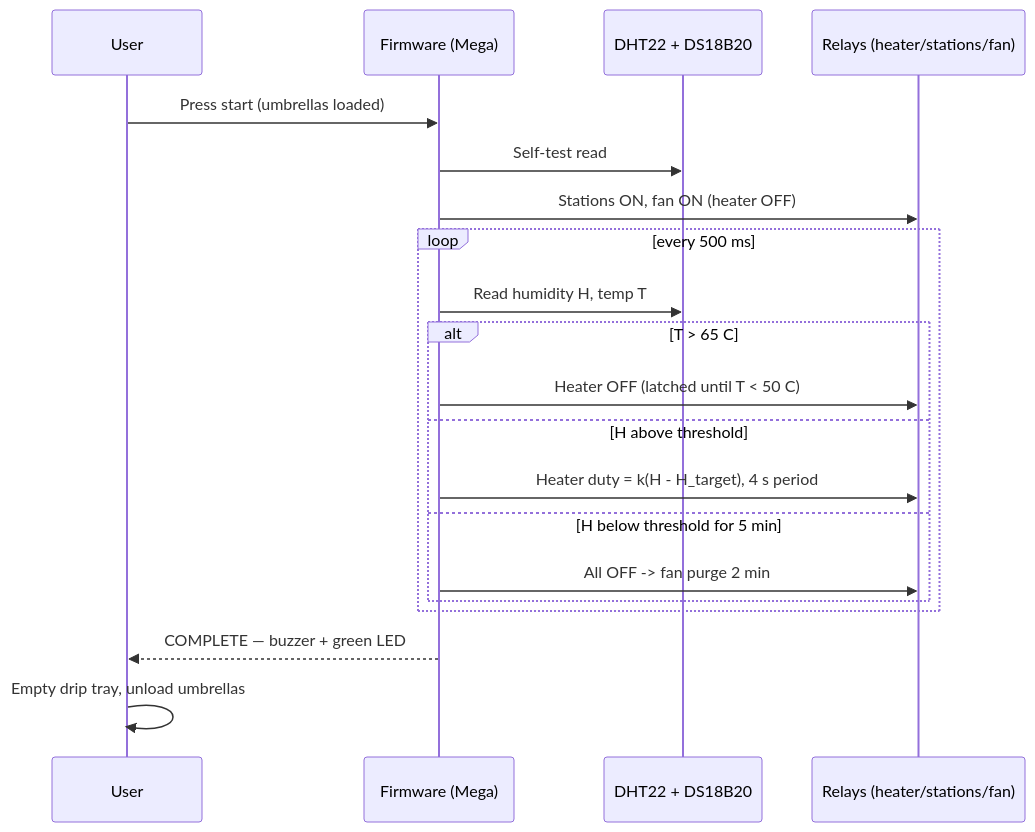
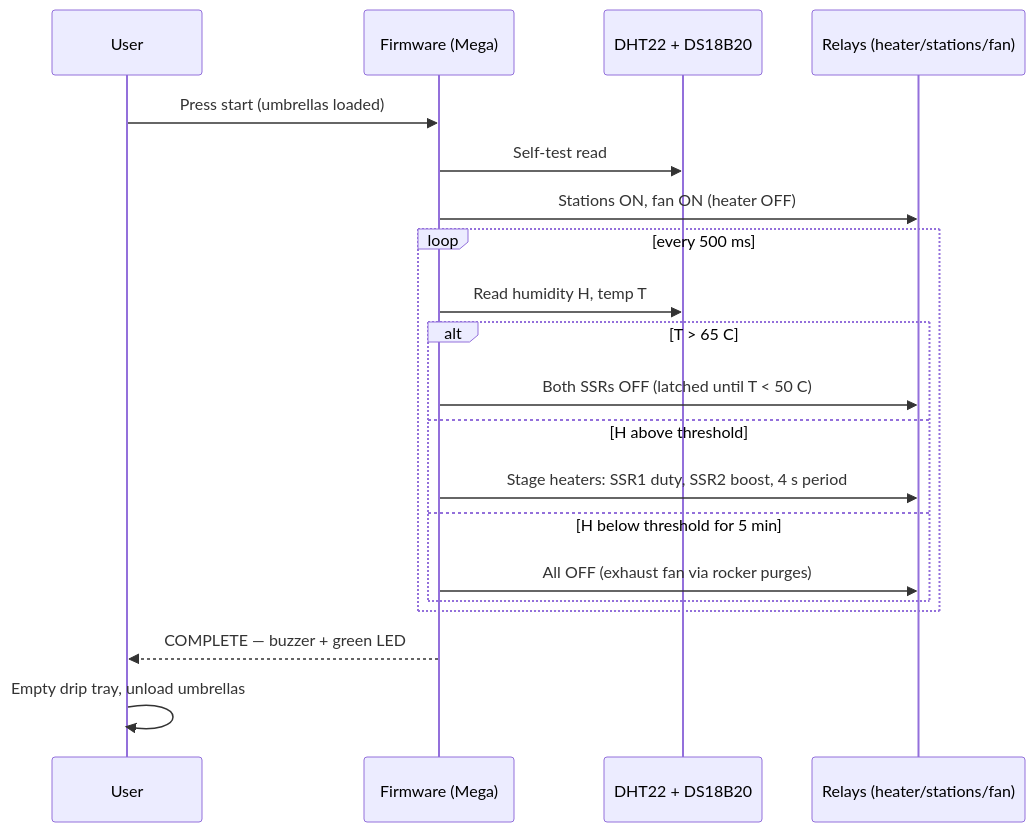
The second of 2 diagrams in docs/SYSTEM-ARCHITECTURE.md (qppd/umbrella-dryer-v2), drawn with Mermaid before and after one commit. The commit also changed other lines of this file and 13 other files, not shown here.

First line of the commit message:
Rev 5: move heating to 220V AC mains — 2x 1500W PTC heater-fans via 2x Fotek SSR-40DA, 12" Omni exhaust fan

````diff
--- a/docs/SYSTEM-ARCHITECTURE.md
+++ b/docs/SYSTEM-ARCHITECTURE.md
@@ -58,23 +59,23 @@
 ```mermaid
 sequenceDiagram
     participant U as User
     participant FW as Firmware (Mega)
     participant S as DHT22 + DS18B20
     participant A as Relays (heater/stations/fan)
 
     U->>FW: Press start (umbrellas loaded)
     FW->>S: Self-test read
     FW->>A: Stations ON, fan ON (heater OFF)
     loop every 500 ms
         FW->>S: Read humidity H, temp T
         alt T > 65 C
-            FW->>A: Heater OFF (latched until T < 50 C)
+            FW->>A: Both SSRs OFF (latched until T < 50 C)
         else H above threshold
-            FW->>A: Heater duty = k(H - H_target), 4 s period
+            FW->>A: Stage heaters: SSR1 duty, SSR2 boost, 4 s period
         else H below threshold for 5 min
-            FW->>A: All OFF -> fan purge 2 min
+            FW->>A: All OFF (exhaust fan via rocker purges)
         end
     end
     FW-->>U: COMPLETE — buzzer + green LED
     U->>U: Empty drip tray, unload umbrellas
 ```
````
